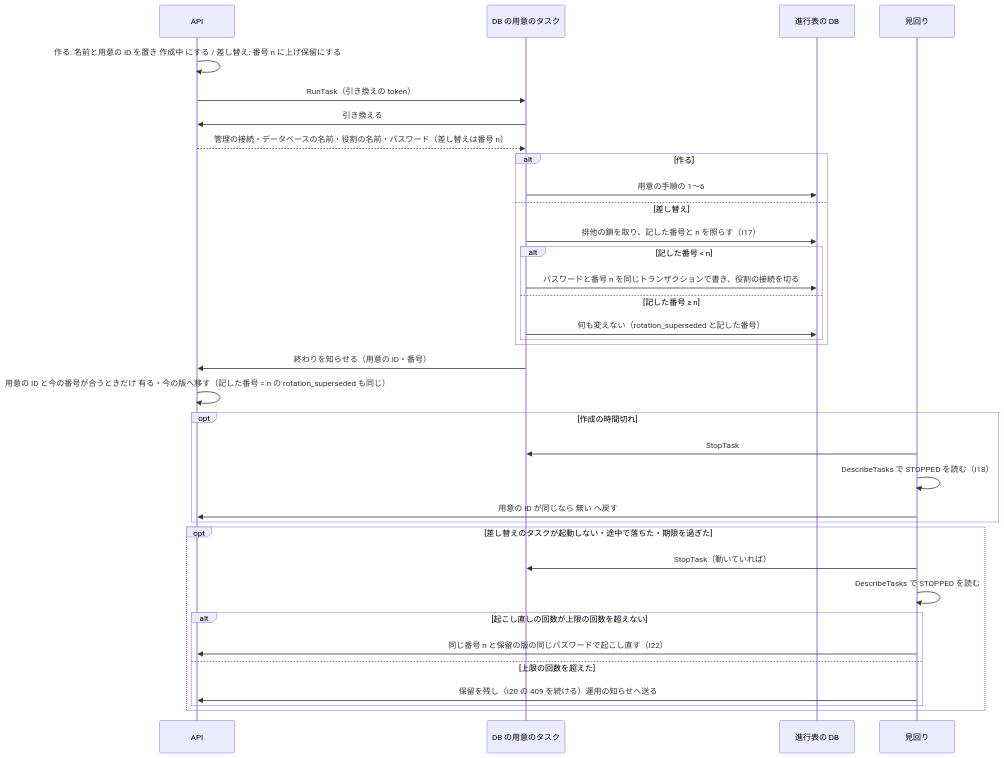
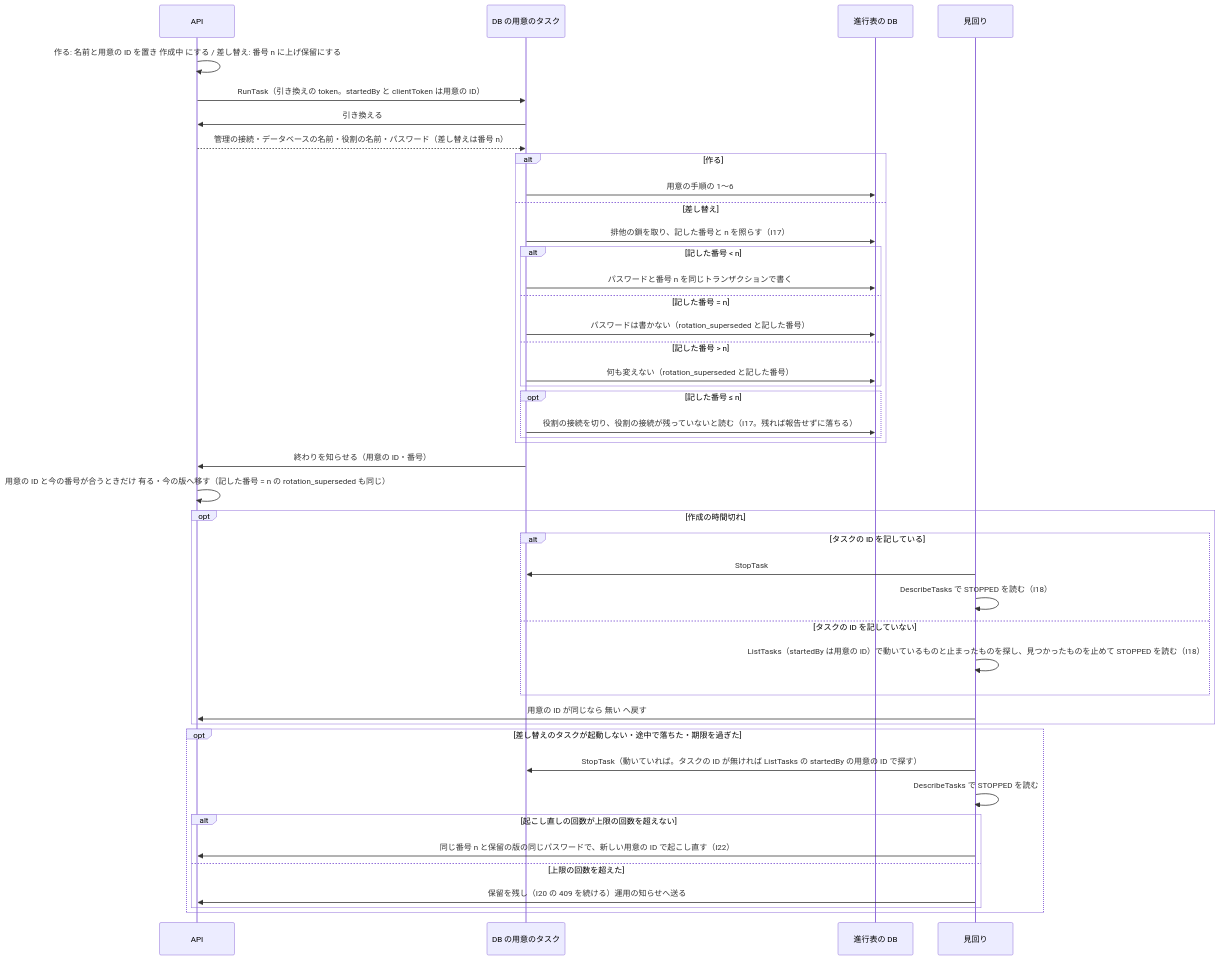
One commit to devbasex/nd-factory changed the eighth of 10 diagrams in issues/issue-32-design.md. Above: the diagram before and after it, drawn with Mermaid. The commit also changed other lines of this file and 3 other files, not shown here.

````diff
--- a/issues/issue-32-design.md
+++ b/issues/issue-32-design.md
@@ -491,37 +522,46 @@
 ```mermaid
 sequenceDiagram
     participant API as API
     participant TK as DB の用意のタスク
     participant DB as 進行表の DB
     participant PT as 見回り
     API->>API: 作る: 名前と用意の ID を置き 作成中 にする / 差し替え: 番号 n に上げ保留にする
-    API->>TK: RunTask（引き換えの token）
+    API->>TK: RunTask（引き換えの token。startedBy と clientToken は用意の ID）
     TK->>API: 引き換える
     API-->>TK: 管理の接続・データベースの名前・役割の名前・パスワード（差し替えは番号 n）
     alt 作る
         TK->>DB: 用意の手順の 1〜6
     else 差し替え
         TK->>DB: 排他の鎖を取り、記した番号と n を照らす（I17）
         alt 記した番号 < n
-            TK->>DB: パスワードと番号 n を同じトランザクションで書き、役割の接続を切る
-        else 記した番号 ≥ n
+            TK->>DB: パスワードと番号 n を同じトランザクションで書く
+        else 記した番号 = n
+            TK->>DB: パスワードは書かない（rotation_superseded と記した番号）
+        else 記した番号 > n
             TK->>DB: 何も変えない（rotation_superseded と記した番号）
+        end
+        opt 記した番号 ≤ n
+            TK->>DB: 役割の接続を切り、役割の接続が残っていないと読む（I17。残れば報告せずに落ちる）
         end
     end
     TK->>API: 終わりを知らせる（用意の ID・番号）
     API->>API: 用意の ID と今の番号が合うときだけ 有る・今の版へ移す（記した番号 = n の rotation_superseded も同じ）
     opt 作成の時間切れ
-        PT->>TK: StopTask
-        PT->>PT: DescribeTasks で STOPPED を読む（I18）
+        alt タスクの ID を記している
+            PT->>TK: StopTask
+            PT->>PT: DescribeTasks で STOPPED を読む（I18）
+        else タスクの ID を記していない
+            PT->>PT: ListTasks（startedBy は用意の ID）で動いているものと止まったものを探し、見つかったものを止めて STOPPED を読む（I18）
+        end
         PT->>API: 用意の ID が同じなら 無い へ戻す
     end
     opt 差し替えのタスクが起動しない・途中で落ちた・期限を過ぎた
-        PT->>TK: StopTask（動いていれば）
+        PT->>TK: StopTask（動いていれば。タスクの ID が無ければ ListTasks の startedBy の用意の ID で探す）
         PT->>PT: DescribeTasks で STOPPED を読む
         alt 起こし直しの回数が上限の回数を超えない
-            PT->>API: 同じ番号 n と保留の版の同じパスワードで起こし直す（I22）
+            PT->>API: 同じ番号 n と保留の版の同じパスワードで、新しい用意の ID で起こし直す（I22）
         else 上限の回数を超えた
             PT->>API: 保留を残し（I20 の 409 を続ける）運用の知らせへ送る
         end
     end
 ```
````
